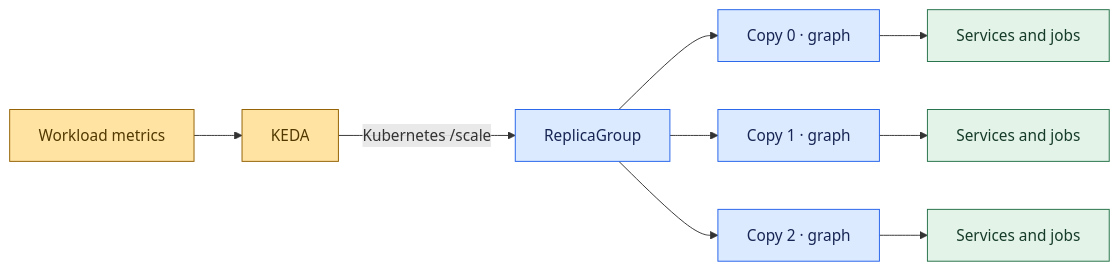
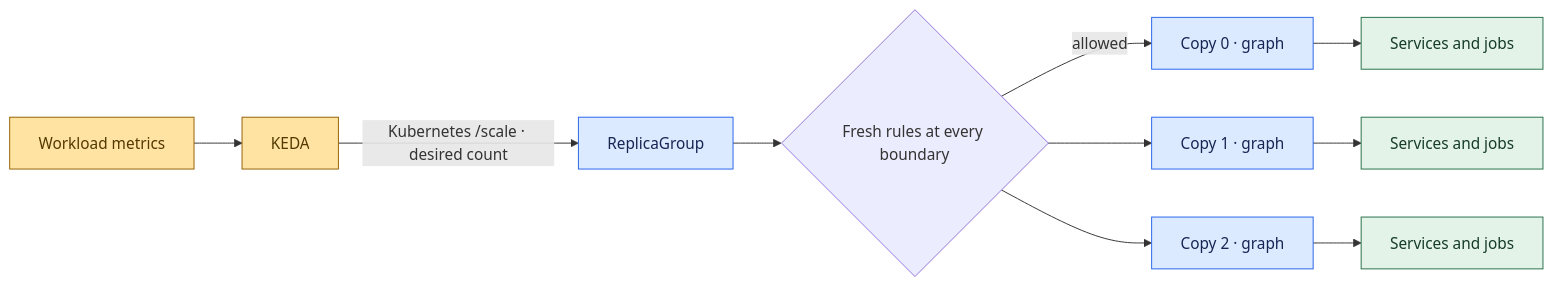
Before and after one commit to astrivant/polyad: the first of 2 diagrams in docs/replication.md, drawn with Mermaid. The commit also changed other lines of this file and 92 other files, not shown here.

````diff
--- a/docs/replication.md
+++ b/docs/replication.md
@@ -10,17 +10,18 @@
 ```mermaid
 flowchart LR
     signal["Workload metrics"] --> keda["KEDA"]
-    keda -->|"Kubernetes /scale"| group["ReplicaGroup"]
-    group --> first["Copy 0 · graph"]
-    group --> second["Copy 1 · graph"]
-    group --> third["Copy 2 · graph"]
+    keda -->|"Kubernetes /scale · desired count"| group["ReplicaGroup"]
+    group --> check{"Fresh rules at every boundary"}
+    check -->|"allowed"| first["Copy 0 · graph"]
+    check --> second["Copy 1 · graph"]
+    check --> third["Copy 2 · graph"]
     first --> a["Services and jobs"]
     second --> b["Services and jobs"]
     third --> c["Services and jobs"]
     classDef control fill:#ffe3a3,stroke:#926000,color:#513900
     classDef boundary fill:#dbeafe,stroke:#2563eb,color:#172554
     classDef execution fill:#e3f3e8,stroke:#247047,color:#163b29
     class signal,keda control
     class group,first,second,third boundary
     class a,b,c execution
 ```
````
